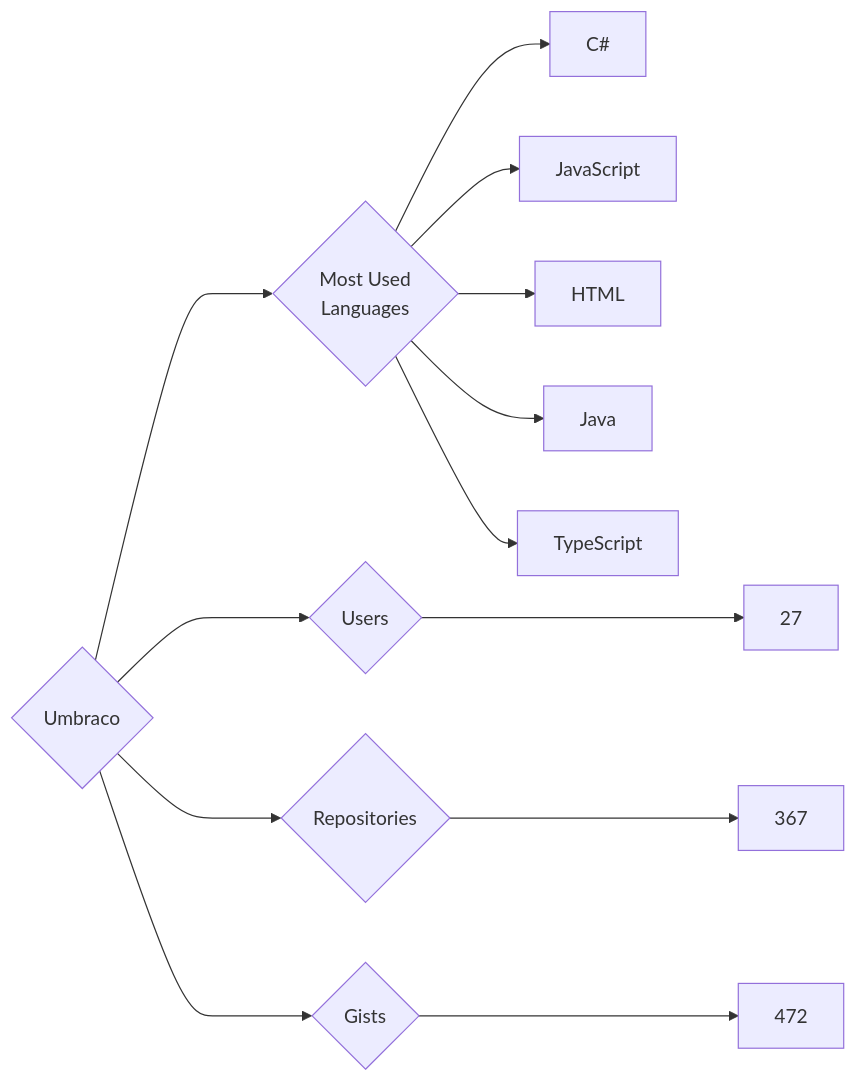
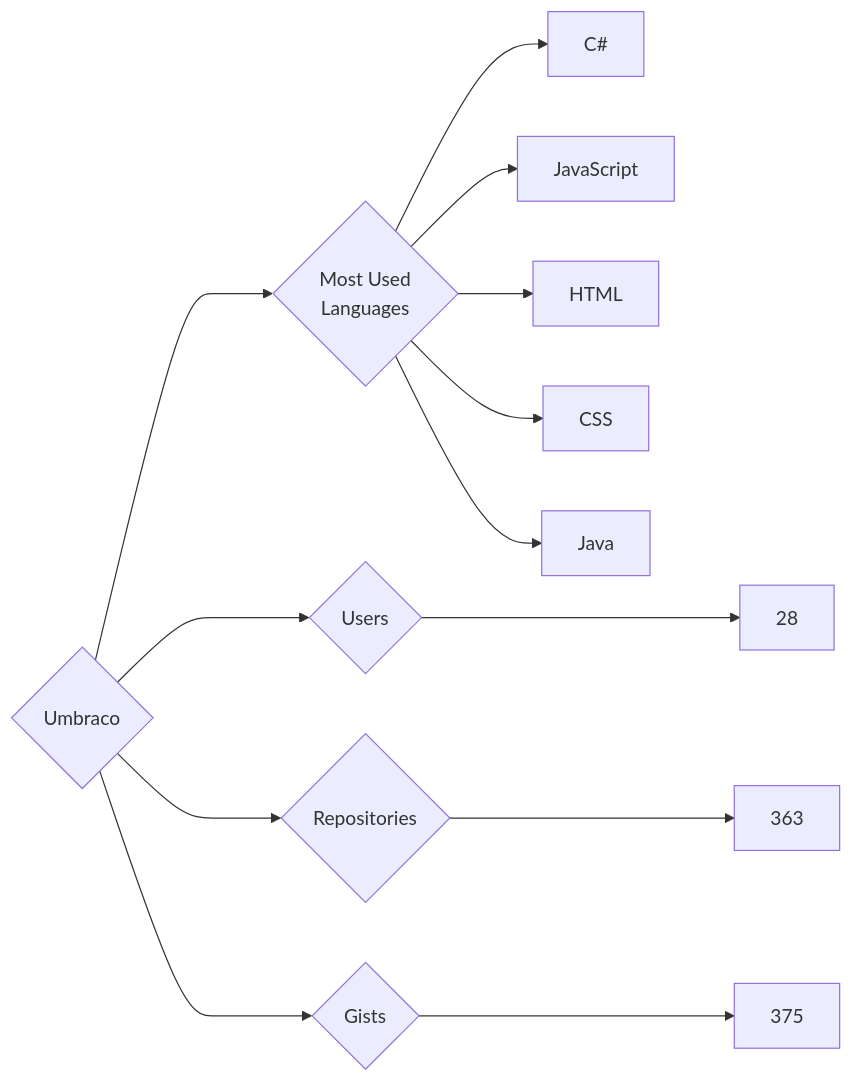
The diagram in targets/Umbraco/README.md (trickest/insiders), drawn with Mermaid before and after one commit. The commit also changed 787 other files, not shown here.

````diff
--- a/targets/Umbraco/README.md
+++ b/targets/Umbraco/README.md
@@ -3,13 +3,13 @@
 ```mermaid
 graph LR
 COMPANY_NAME{Umbraco}
-COMPANY_NAME ---> U{Users} ---> UN[27]
-COMPANY_NAME ---> R{Repositories} ---> RN[367]
-COMPANY_NAME ---> G{Gists} ---> GN[472]
+COMPANY_NAME ---> U{Users} ---> UN[28]
+COMPANY_NAME ---> R{Repositories} ---> RN[363]
+COMPANY_NAME ---> G{Gists} ---> GN[375]
 COMPANY_NAME ---> ML{Most Used<br>Languages}
 ML --> C#[C#]
 ML --> JavaScript[JavaScript]
 ML --> HTML[HTML]
+ML --> CSS[CSS]
 ML --> Java[Java]
-ML --> TypeScript[TypeScript]
 ```
````
